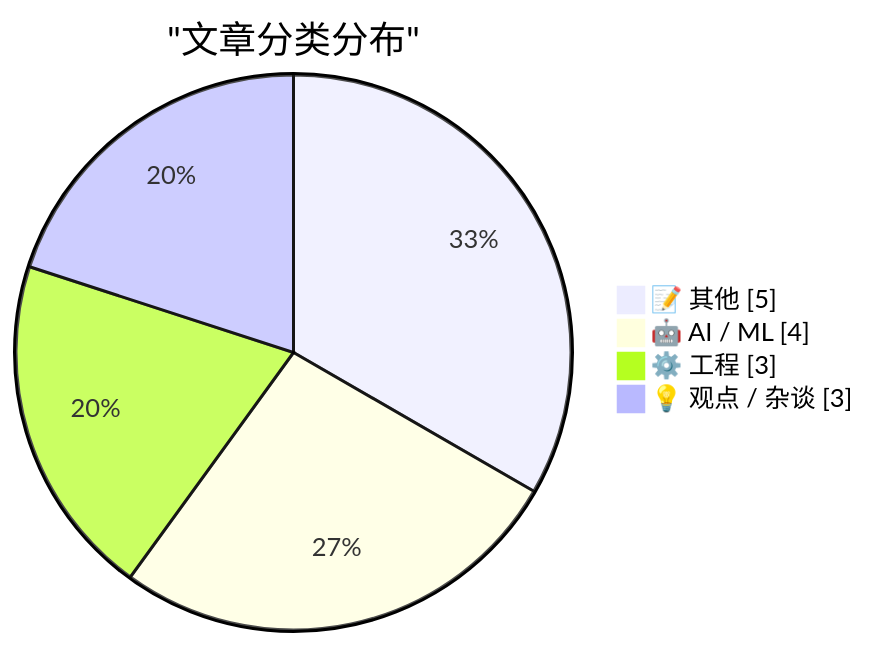
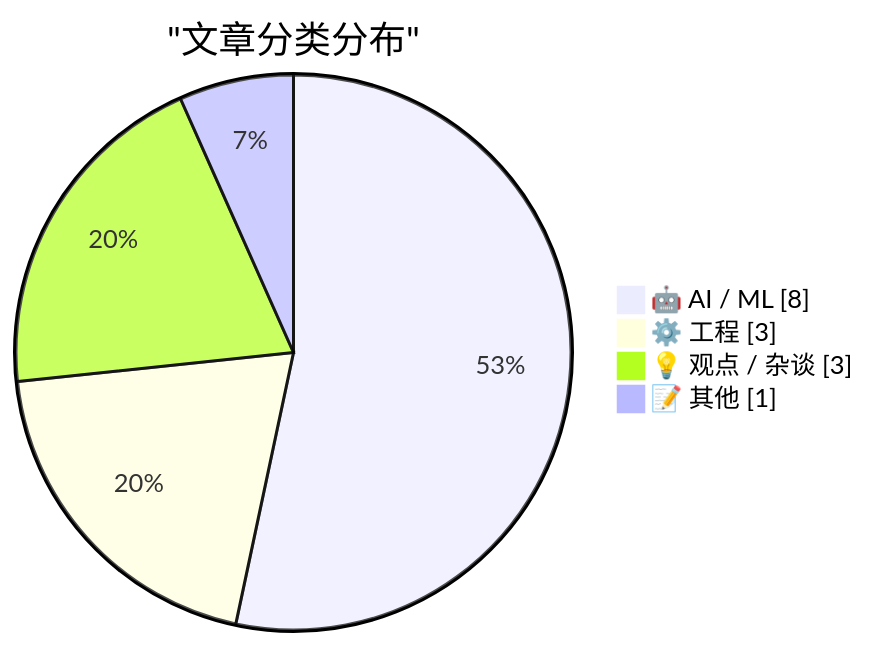
One commit to Yeadon8888/digest-news-viewer changed the first of 2 diagrams in public/data/digest-latest.md. Above: the diagram before and after it, drawn with Mermaid. The commit also changed other lines of this file, not shown here.

````diff
--- a/public/data/digest-latest.md
+++ b/public/data/digest-latest.md
@@ -53,8 +53,8 @@
 ```mermaid
 pie showData
     title "文章分类分布"
-    "📝 其他" : 5
-    "🤖 AI / ML" : 4
+    "🤖 AI / ML" : 8
     "⚙️ 工程" : 3
     "💡 观点 / 杂谈" : 3
+    "📝 其他" : 1
 ```
````
